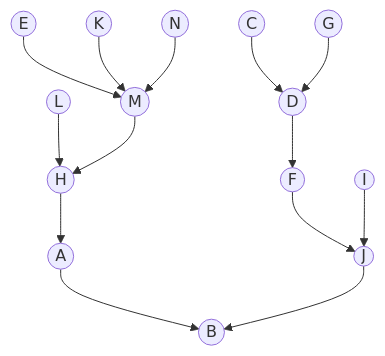
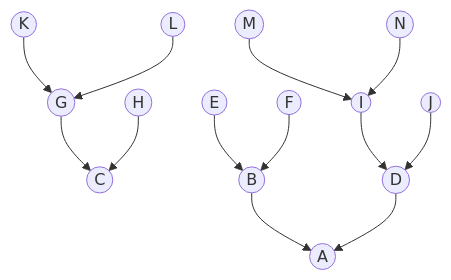
The first of 3 diagrams in task_9/TwoPizza_task_9.md (HSE-algo-23-owl/manual_tasks), drawn with Mermaid before and after one commit. The commit also changed other lines of this file, not shown here.

````diff
--- a/task_9/TwoPizza_task_9.md
+++ b/task_9/TwoPizza_task_9.md
@@ -16,16 +16,15 @@
 ```mermaid
 graph TB
-A((A)) --> B((B))
-C((C)) --> D((D))
-D((D)) --> F((F))
-E((E)) --> M((M))
-F((F)) --> J((J))
-G((G)) --> D((D))
-H((H)) --> A((A))
-J((J)) --> B((B))
-K((K)) --> M((M))
-L((L)) --> H((H))
-M((M)) --> H((H))
-N((N)) --> M((M))
-I((I)) --> J((J))
+K((K)) --> G((G))
+L((L)) --> G((G))
+G((G)) --> C((C))
+H((H)) --> C((C))
+M((M)) --> I((I))
+N((N)) --> I((I))
+I((I)) --> D((D))
+J((J)) --> D((D))
+E((E)) --> B((B))
+F((F)) --> B((B))
+B((B)) --> A((A))
+D((D)) --> A((A))
 ```
````
